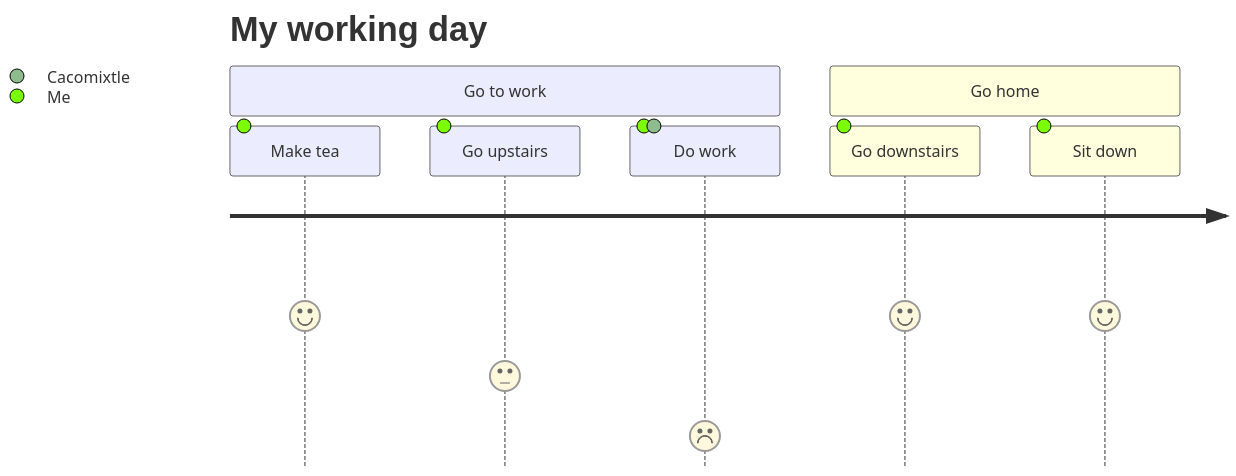
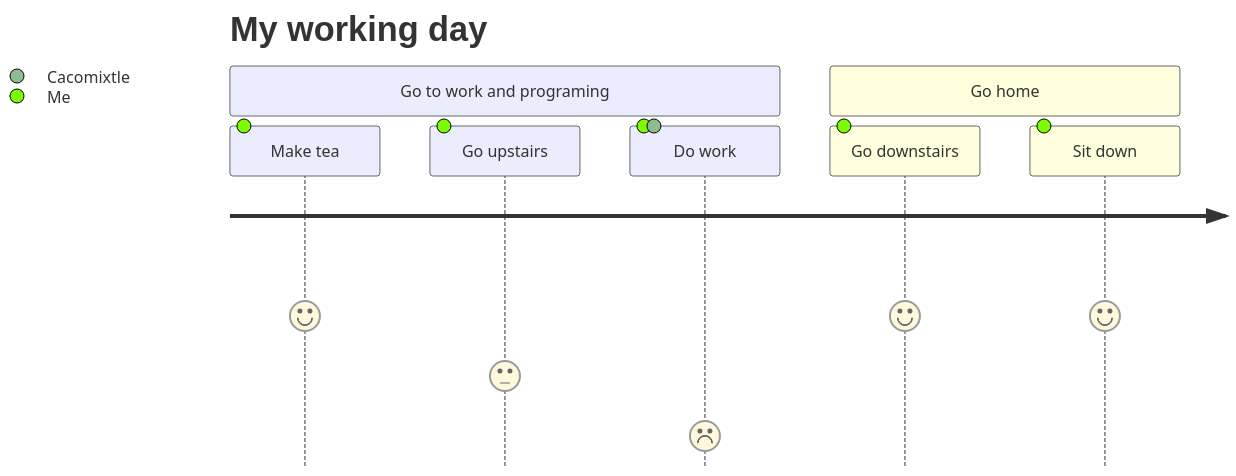
Before and after one commit to acmerev/acmerev: the diagram in README.md, drawn with Mermaid. The commit also changed other lines of this file, not shown here.

Commit message:
Update README.md
GIt

````diff
--- a/README.md
+++ b/README.md
@@ -25,12 +25,12 @@
 ```mermaid
 
 journey
     title My working day
-    section Go to work
+    section Go to work and programing 
       Make tea: 5: Me
       Go upstairs: 3: Me
       Do work: 1: Me, Cacomixtle
     section Go home
       Go downstairs: 5: Me
       Sit down: 5: Me
 ```
````
